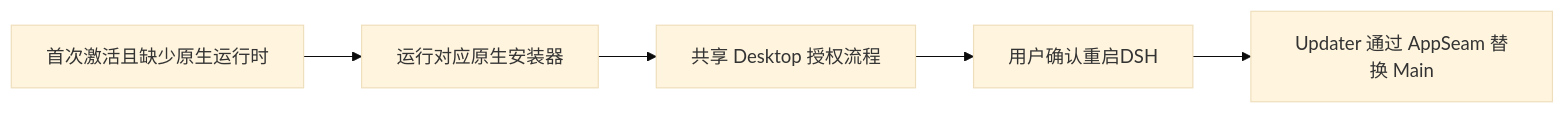
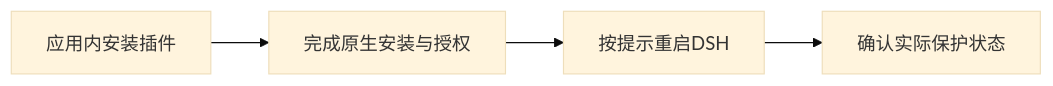
Before and after one commit to finogeeks/finsafe: the diagram in integrations/dsh/windows/README-zh.md, drawn with Mermaid (base theme). The commit also changed other lines of this file and 6 other files, not shown here.

````diff
--- a/integrations/dsh/windows/README-zh.md
+++ b/integrations/dsh/windows/README-zh.md
@@ -86,7 +56,6 @@
 ```mermaid
 flowchart LR
-    A[首次激活且缺少原生运行时] --> B[运行对应原生安装器]
-    B --> C[共享 Desktop 授权流程]
-    C --> D[用户确认重启DSH]
-    D --> E[Updater 通过 AppSeam 替换 Main]
+    A[应用内安装插件] --> B[完成原生安装与授权]
+    B --> C[按提示重启DSH]
+    C --> D[确认实际保护状态]
 ```
````
